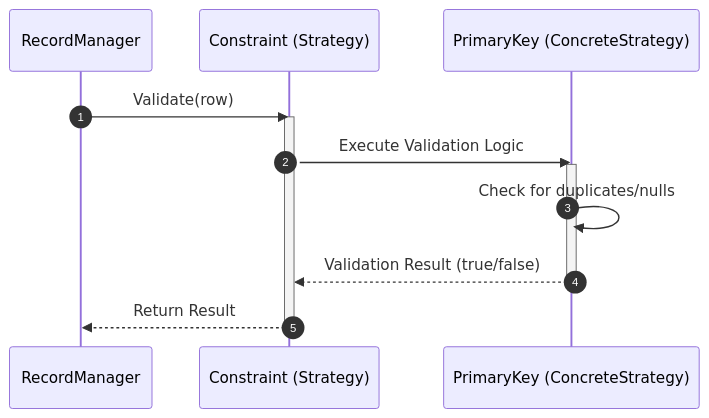
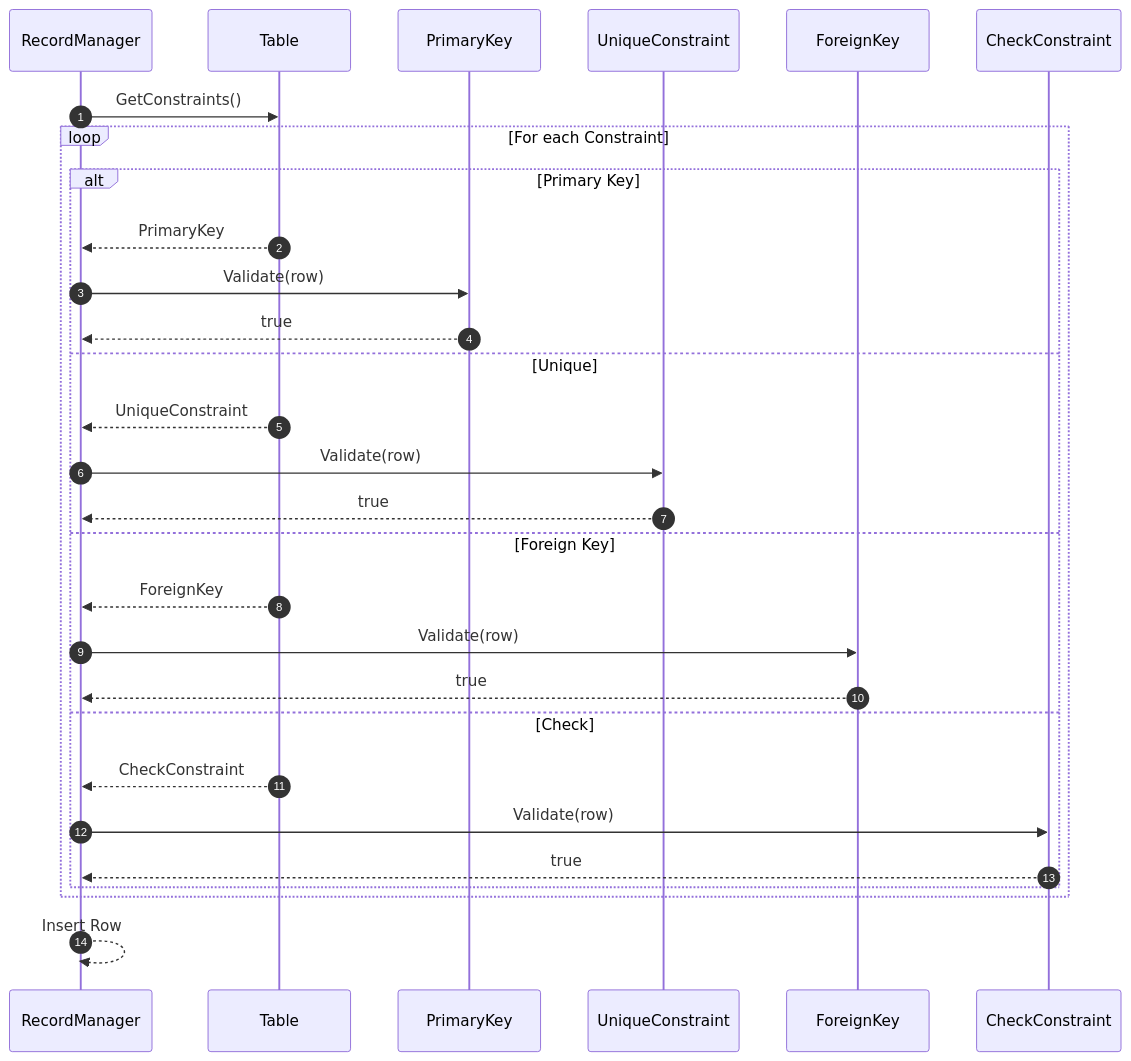
The seventh of 14 diagrams in docs/design-patterns/README.md (Hagiakhanh/bbv-dbms), drawn with Mermaid before and after one commit. The commit also changed other lines of this file and 20 other files, not shown here.

````diff
--- a/docs/design-patterns/README.md
+++ b/docs/design-patterns/README.md
@@ -116,17 +683,37 @@
 ```mermaid
 sequenceDiagram
     autonumber
+
     participant RecordMgr as RecordManager
-    participant Constr as Constraint (Strategy)
-    participant Concrete as PrimaryKey (ConcreteStrategy)
-    
-    RecordMgr->>Constr: Validate(row)
-    activate Constr
-    Constr->>Concrete: Execute Validation Logic
-    activate Concrete
-    Concrete->>Concrete: Check for duplicates/nulls
-    Concrete-->>Constr: Validation Result (true/false)
-    deactivate Concrete
-    Constr-->>RecordMgr: Return Result
-    deactivate Constr
+    participant Table as Table
+    participant PK as PrimaryKey
+    participant Unique as UniqueConstraint
+    participant FK as ForeignKey
+    participant Check as CheckConstraint
+
+    RecordMgr->>Table: GetConstraints()
+
+    loop For each Constraint
+
+        alt Primary Key
+            Table-->>RecordMgr: PrimaryKey
+            RecordMgr->>PK: Validate(row)
+            PK-->>RecordMgr: true
+        else Unique
+            Table-->>RecordMgr: UniqueConstraint
+            RecordMgr->>Unique: Validate(row)
+            Unique-->>RecordMgr: true
+        else Foreign Key
+            Table-->>RecordMgr: ForeignKey
+            RecordMgr->>FK: Validate(row)
+            FK-->>RecordMgr: true
+        else Check
+            Table-->>RecordMgr: CheckConstraint
+            RecordMgr->>Check: Validate(row)
+            Check-->>RecordMgr: true
+        end
+
+    end
+
+    RecordMgr-->>RecordMgr: Insert Row
 ```
````
